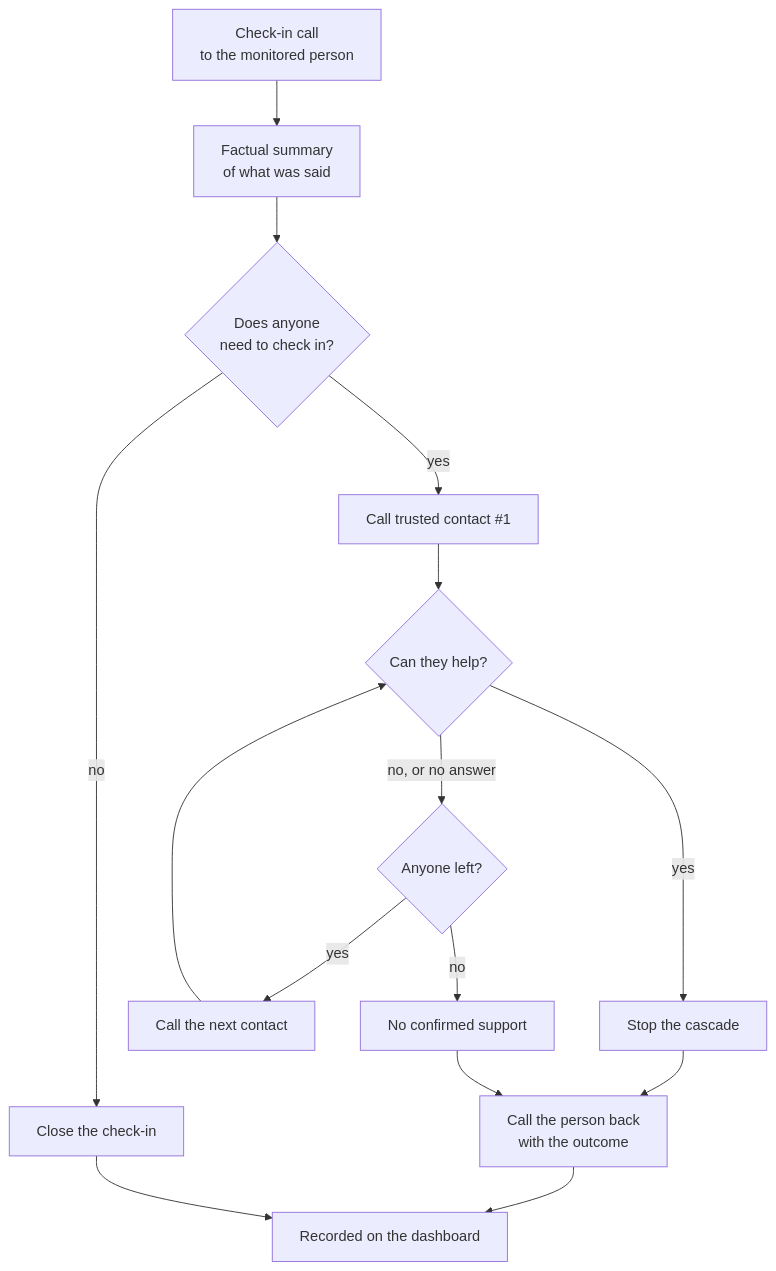
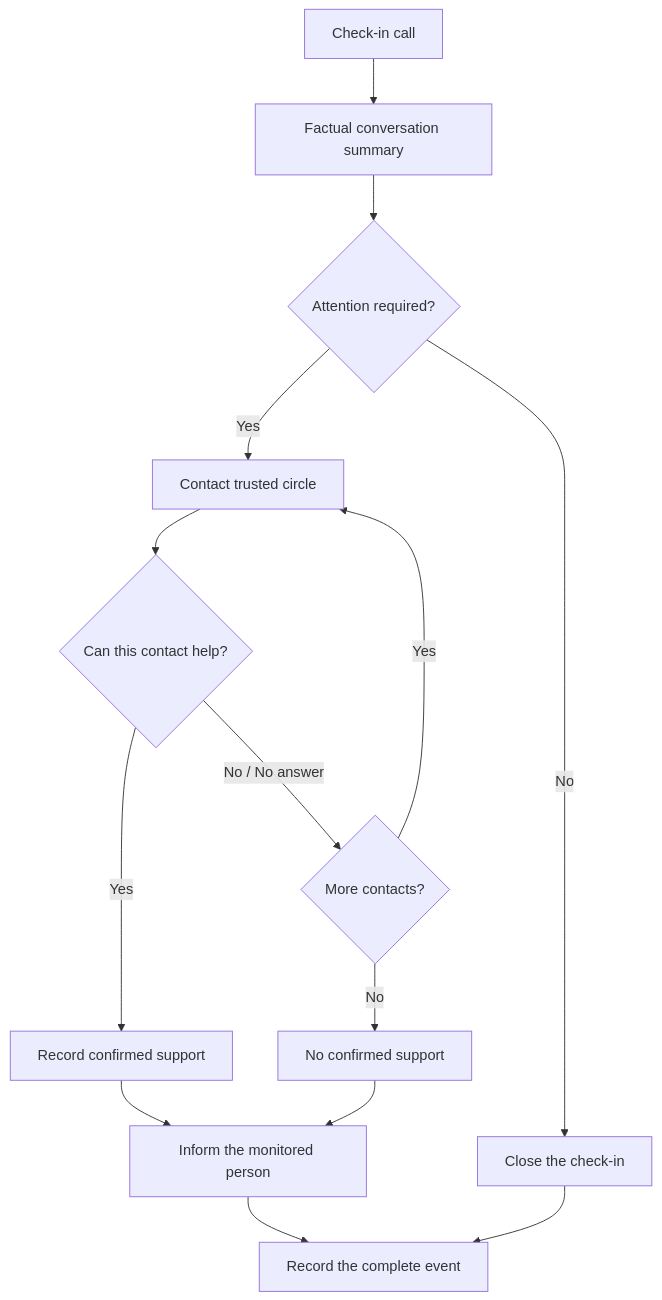
Before and after one commit to JuriSOK/kincall: the first of 2 diagrams in README.md, drawn with Mermaid. The commit also changed other lines of this file, not shown here.

````diff
--- a/README.md
+++ b/README.md
@@ -60,17 +41,21 @@
 ```mermaid
 flowchart TD
-    A["Check-in call<br/>to the monitored person"] --> B["Factual summary<br/>of what was said"]
-    B --> C{"Does anyone<br/>need to check in?"}
-    C -->|"no"| D["Close the check-in"]
-    C -->|"yes"| E["Call trusted contact #1"]
-    E --> F{"Can they help?"}
-    F -->|"yes"| G["Stop the cascade"]
-    F -->|"no, or no answer"| H{"Anyone left?"}
-    H -->|"yes"| I["Call the next contact"]
-    I --> F
-    H -->|"no"| J["No confirmed support"]
-    G --> K["Call the person back<br/>with the outcome"]
-    J --> K
-    K --> L["Recorded on the dashboard"]
-    D --> L
+    A["Check-in call"] --> B["Factual conversation summary"]
+    B --> C{"Attention required?"}
+
+    C -->|"No"| D["Close the check-in"]
+    C -->|"Yes"| E["Contact trusted circle"]
+
+    E --> F{"Can this contact help?"}
+    F -->|"Yes"| G["Record confirmed support"]
+    F -->|"No / No answer"| H{"More contacts?"}
+
+    H -->|"Yes"| E
+    H -->|"No"| I["No confirmed support"]
+
+    G --> J["Inform the monitored person"]
+    I --> J
+
+    J --> K["Record the complete event"]
+    D --> K
 ```
````
